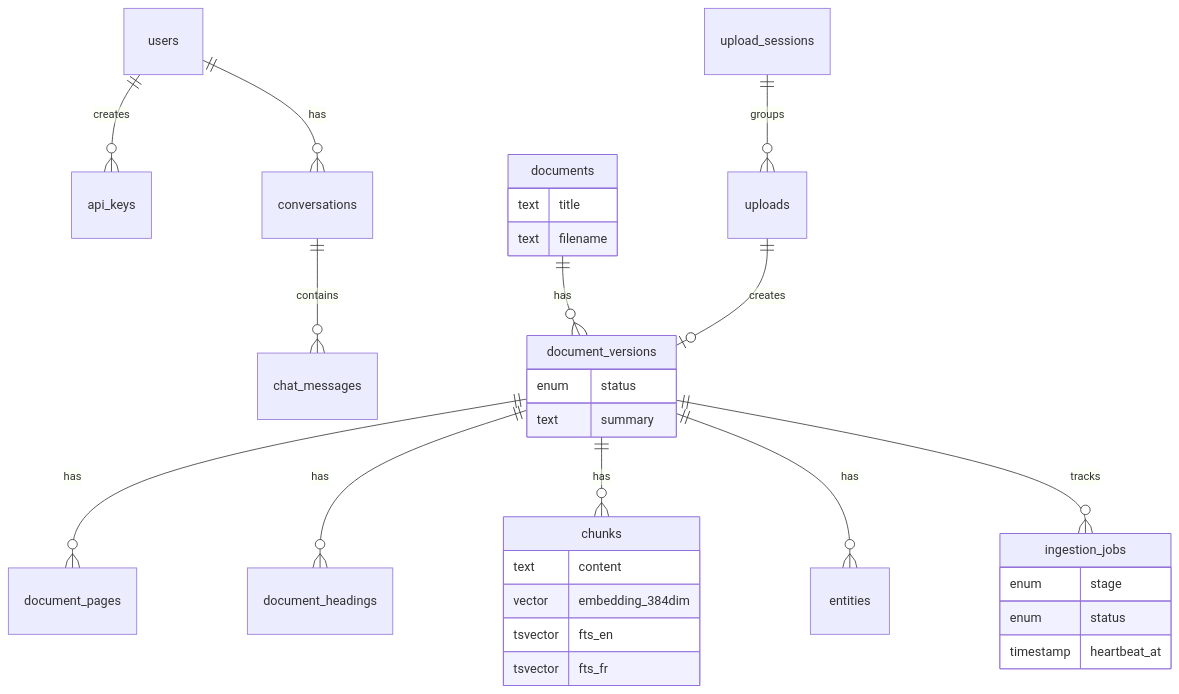
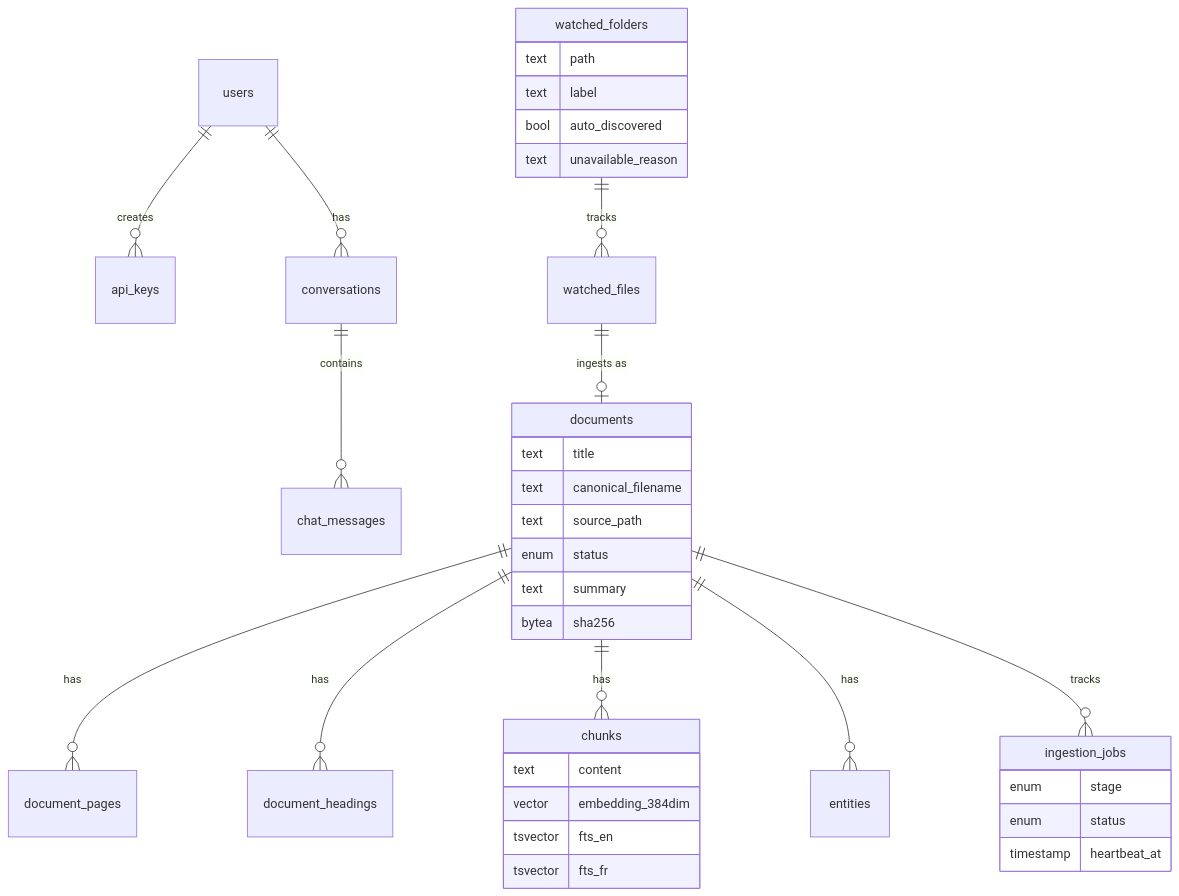
Before and after one commit to r0shi/harborclerk: the sixth of 7 diagrams in docs/architecture.md, drawn with Mermaid. The commit also changed other lines of this file and 2 other files, not shown here.

````diff
--- a/docs/architecture.md
+++ b/docs/architecture.md
@@ -149,39 +177,44 @@
 ```mermaid
 erDiagram
     users ||--o{ api_keys : creates
     users ||--o{ conversations : has
     conversations ||--o{ chat_messages : contains
 
-    documents ||--o{ document_versions : has
-    document_versions ||--o{ document_pages : has
-    document_versions ||--o{ document_headings : has
-    document_versions ||--o{ chunks : has
-    document_versions ||--o{ entities : has
-    document_versions ||--o{ ingestion_jobs : tracks
+    watched_folders ||--o{ watched_files : tracks
+    watched_files ||--o| documents : "ingests as"
 
-    upload_sessions ||--o{ uploads : groups
-    uploads ||--o| document_versions : creates
+    documents ||--o{ document_pages : has
+    documents ||--o{ document_headings : has
+    documents ||--o{ chunks : has
+    documents ||--o{ entities : has
+    documents ||--o{ ingestion_jobs : tracks
 
     chunks {
         text content
         vector embedding_384dim
         tsvector fts_en
         tsvector fts_fr
     }
 
     documents {
         text title
-        text filename
-    }
-
-    document_versions {
+        text canonical_filename
+        text source_path
         enum status
         text summary
+        bytea sha256
     }
 
     ingestion_jobs {
         enum stage
         enum status
         timestamp heartbeat_at
     }
+
+    watched_folders {
+        text path
+        text label
+        bool auto_discovered
+        text unavailable_reason
+    }
 ```
````
